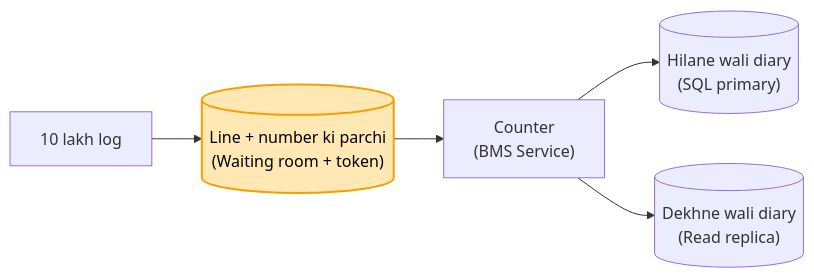
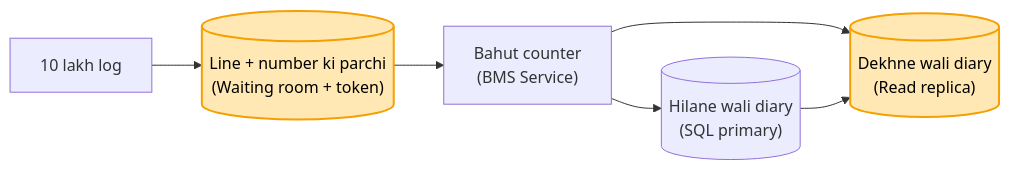
One commit to ArpanMaheshwari144/Prep changed the fourth of 6 diagrams in 04_HLD/SYSTEM_DESIGNS/09_bookmyshow/09_bookmyshow.md. Above: the diagram before and after it, drawn with Mermaid. The commit also changed other lines of this file and 17 other files, not shown here.

Commit message:
HLD: 17 main files hand notes se milaye (har block alag section, kahani + asli naam, mermaid), technical naam bhi rakhe

````diff
--- a/04_HLD/SYSTEM_DESIGNS/09_bookmyshow/09_bookmyshow.md
+++ b/04_HLD/SYSTEM_DESIGNS/09_bookmyshow/09_bookmyshow.md
@@ -99,8 +98,10 @@
 ```mermaid
 flowchart LR
     U["10 lakh log"] --> W[("Line + number ki parchi<br/>(Waiting room + token)")]
-    W --> S["Counter<br/>(BMS Service)"]
+    W --> S["Bahut counter<br/>(BMS Service)"]
     S --> P[("Hilane wali diary<br/>(SQL primary)")]
     S --> R[("Dekhne wali diary<br/>(Read replica)")]
+    P --> R
     style W fill:#ffe8b3,stroke:#f59f00,stroke-width:2px,color:#000
+    style R fill:#ffe8b3,stroke:#f59f00,stroke-width:2px,color:#000
 ```
````
